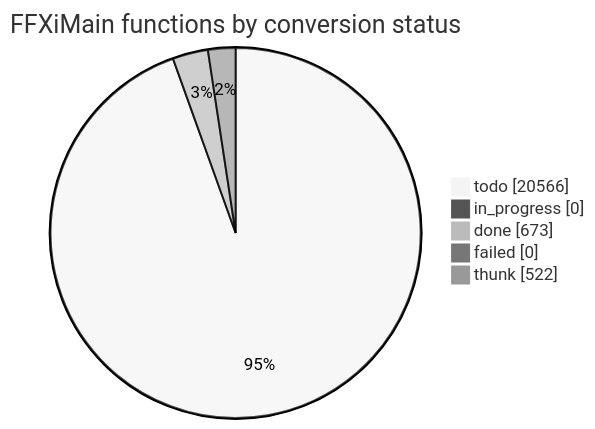
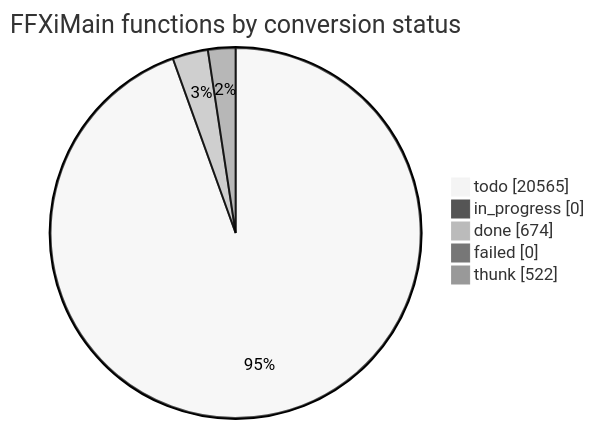
Before and after one commit to cowrevenge/cow_kuluu_xi_anything: the diagram in docs/cow/STATUS.md, drawn with Mermaid (neutral theme). The commit also changed other lines of this file and 9 other files, not shown here.

````diff
--- a/docs/cow/STATUS.md
+++ b/docs/cow/STATUS.md
@@ -18,9 +18,9 @@
 ```mermaid
 pie showData
     title FFXiMain functions by conversion status
-    "todo" : 20566
+    "todo" : 20565
     "in_progress" : 0
-    "done" : 673
+    "done" : 674
     "failed" : 0
     "thunk" : 522
 ```
````
